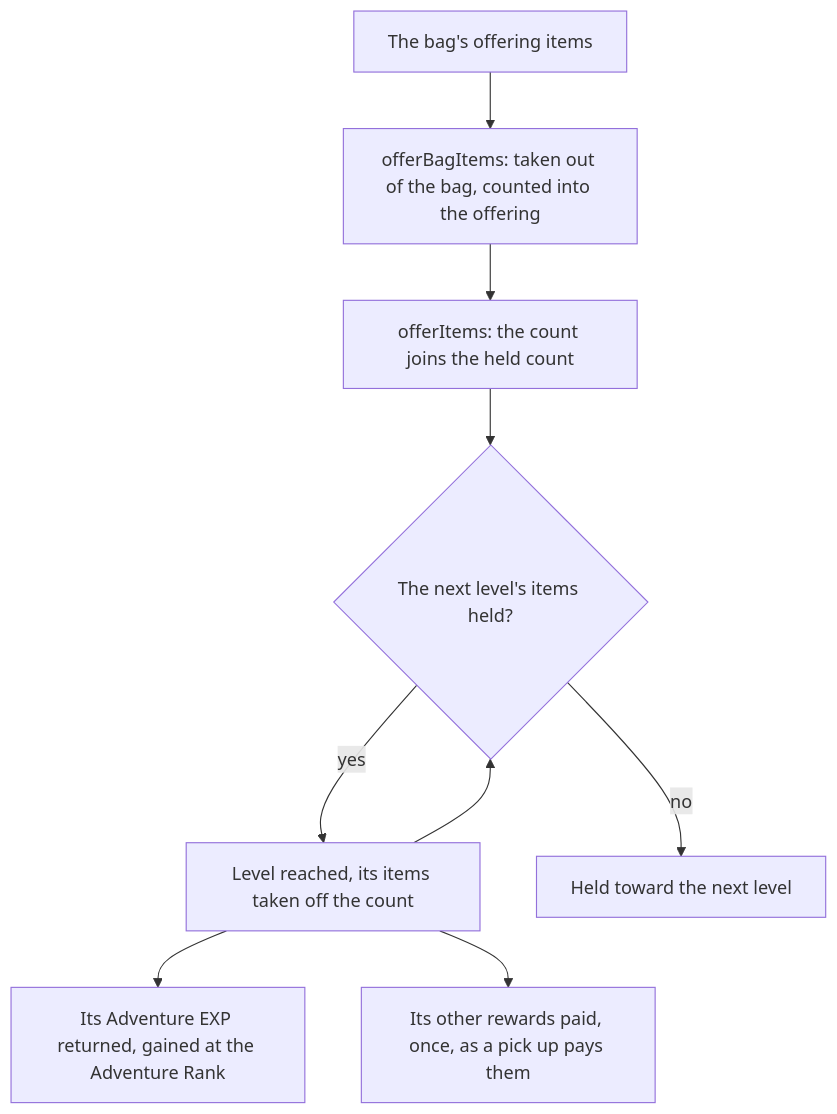
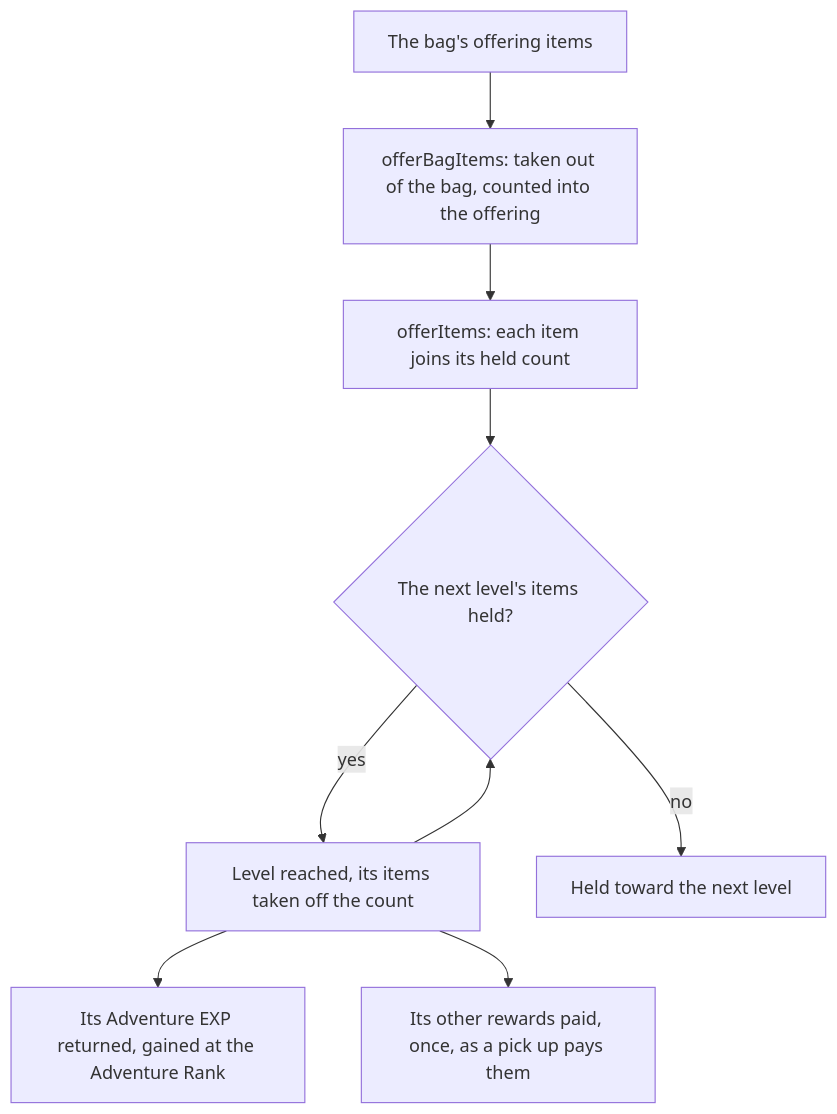
Before and after one commit to Esposter/Esposter: the diagram in openspec/specs/genshin/offering-systems/design.md, drawn with Mermaid. The commit also changed other lines of this file and 33 other files, not shown here.

First line of the commit message:
feat(genshin-world): an offering holds a count of each item its levels take, and the save keeps it by item

````diff
--- a/openspec/specs/genshin/offering-systems/design.md
+++ b/openspec/specs/genshin/offering-systems/design.md
@@ -7,11 +7,11 @@
 ```mermaid
 flowchart TD
   BAG["The bag's offering items"] --> TAKE["offerBagItems: taken out of the bag, counted into the offering"]
-  TAKE --> OFFER["offerItems: the count joins the held count"]
+  TAKE --> OFFER["offerItems: each item joins its held count"]
   OFFER --> NEXT{"The next level's items held?"}
   NEXT -->|"yes"| LEVEL["Level reached, its items taken off the count"]
   LEVEL --> EXP["Its Adventure EXP returned, gained at the Adventure Rank"]
   LEVEL --> REWARD["Its other rewards paid, once, as a pick up pays them"]
   LEVEL --> NEXT
   NEXT -->|"no"| HELD["Held toward the next level"]
 ```
````
